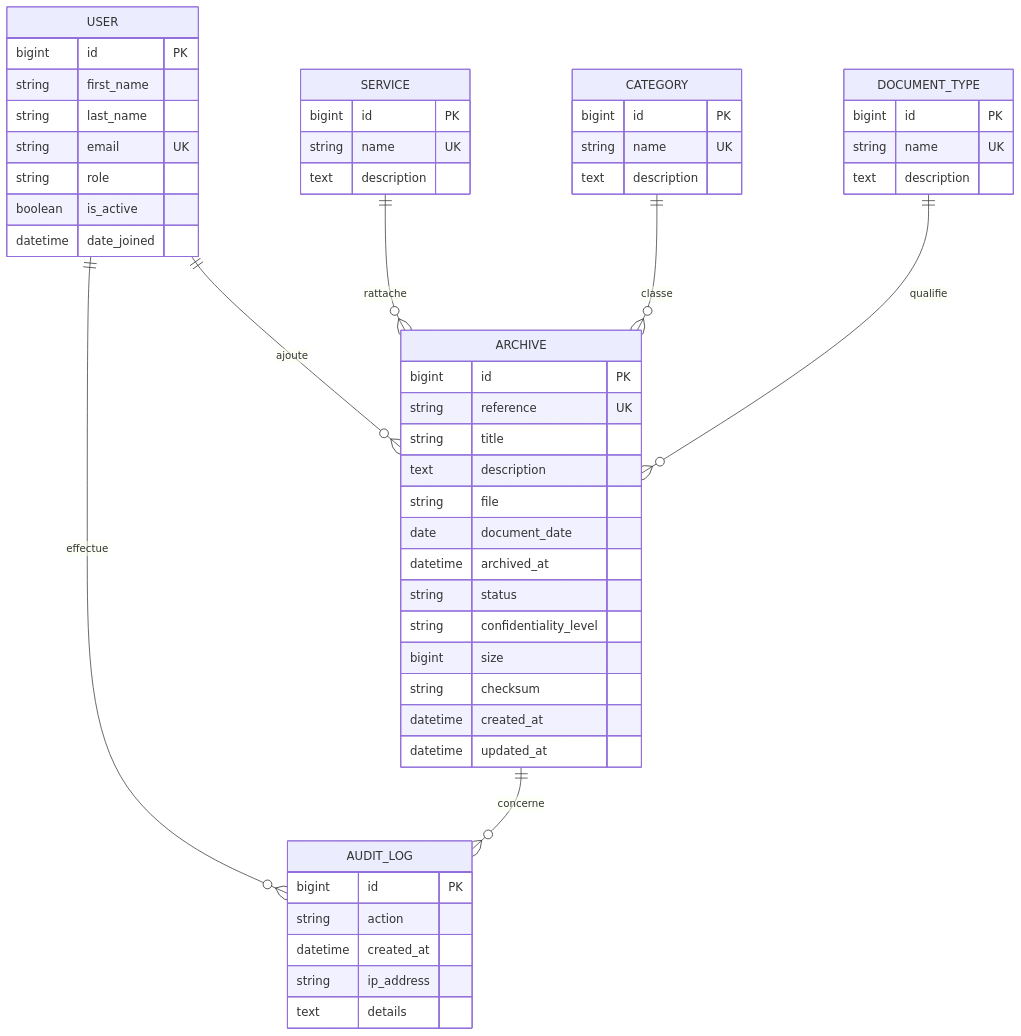
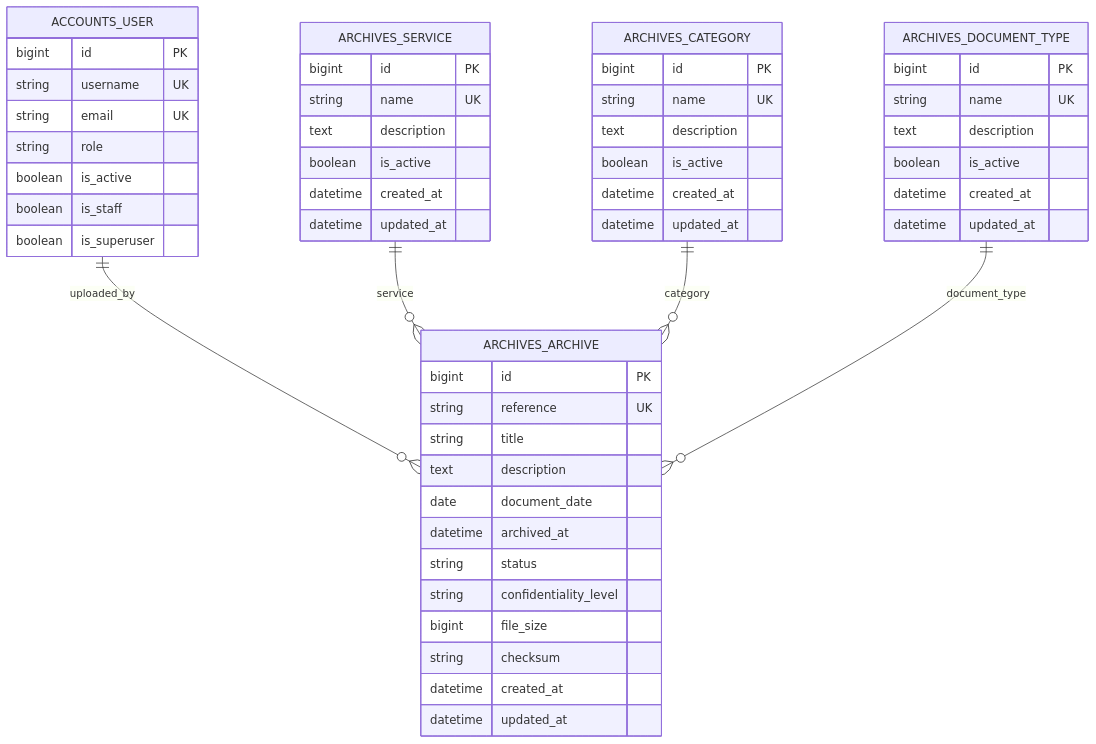
One commit to eulogep/c-tech-archives changed the diagram in docs/database.md. Above: the diagram before and after it, drawn with Mermaid. The commit also changed other lines of this file and 11 other files, not shown here.

Commit message:
feat(archives): add core archive domain models

````diff
--- a/docs/database.md
+++ b/docs/database.md
@@ -24,56 +23,55 @@
 ```mermaid
 erDiagram
-    USER ||--o{ ARCHIVE : "ajoute"
-    USER ||--o{ AUDIT_LOG : "effectue"
-    SERVICE ||--o{ ARCHIVE : "rattache"
-    CATEGORY ||--o{ ARCHIVE : "classe"
-    DOCUMENT_TYPE ||--o{ ARCHIVE : "qualifie"
-    ARCHIVE ||--o{ AUDIT_LOG : "concerne"
+    ACCOUNTS_USER ||--o{ ARCHIVES_ARCHIVE : "uploaded_by"
+    ARCHIVES_SERVICE ||--o{ ARCHIVES_ARCHIVE : "service"
+    ARCHIVES_CATEGORY ||--o{ ARCHIVES_ARCHIVE : "category"
+    ARCHIVES_DOCUMENT_TYPE ||--o{ ARCHIVES_ARCHIVE : "document_type"
 
-    USER {
+    ACCOUNTS_USER {
         bigint id PK
-        string first_name
-        string last_name
+        string username UK
         string email UK
         string role
         boolean is_active
-        datetime date_joined
+        boolean is_staff
+        boolean is_superuser
     }
-    SERVICE {
+    ARCHIVES_SERVICE {
         bigint id PK
         string name UK
         text description
+        boolean is_active
+        datetime created_at
+        datetime updated_at
     }
-    CATEGORY {
+    ARCHIVES_CATEGORY {
         bigint id PK
         string name UK
         text description
+        boolean is_active
+        datetime created_at
+        datetime updated_at
     }
-    DOCUMENT_TYPE {
+    ARCHIVES_DOCUMENT_TYPE {
         bigint id PK
         string name UK
         text description
+        boolean is_active
+        datetime created_at
+        datetime updated_at
     }
-    ARCHIVE {
+    ARCHIVES_ARCHIVE {
         bigint id PK
         string reference UK
         string title
         text description
-        string file
         date document_date
         datetime archived_at
         string status
         string confidentiality_level
-        bigint size
+        bigint file_size
         string checksum
         datetime created_at
         datetime updated_at
     }
-    AUDIT_LOG {
-        bigint id PK
-        string action
-        datetime created_at
-        string ip_address
-        text details
-    }
 ```
````
